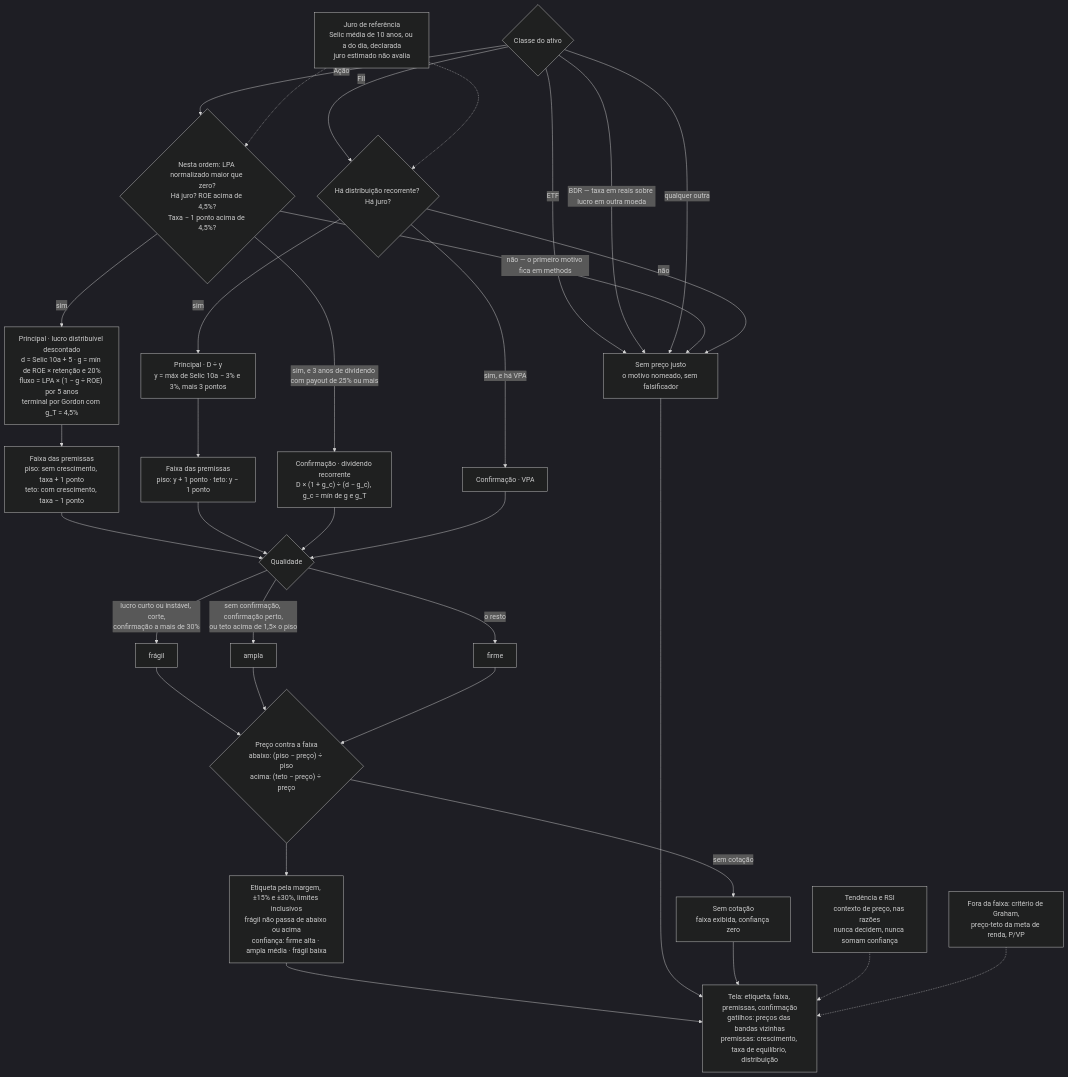
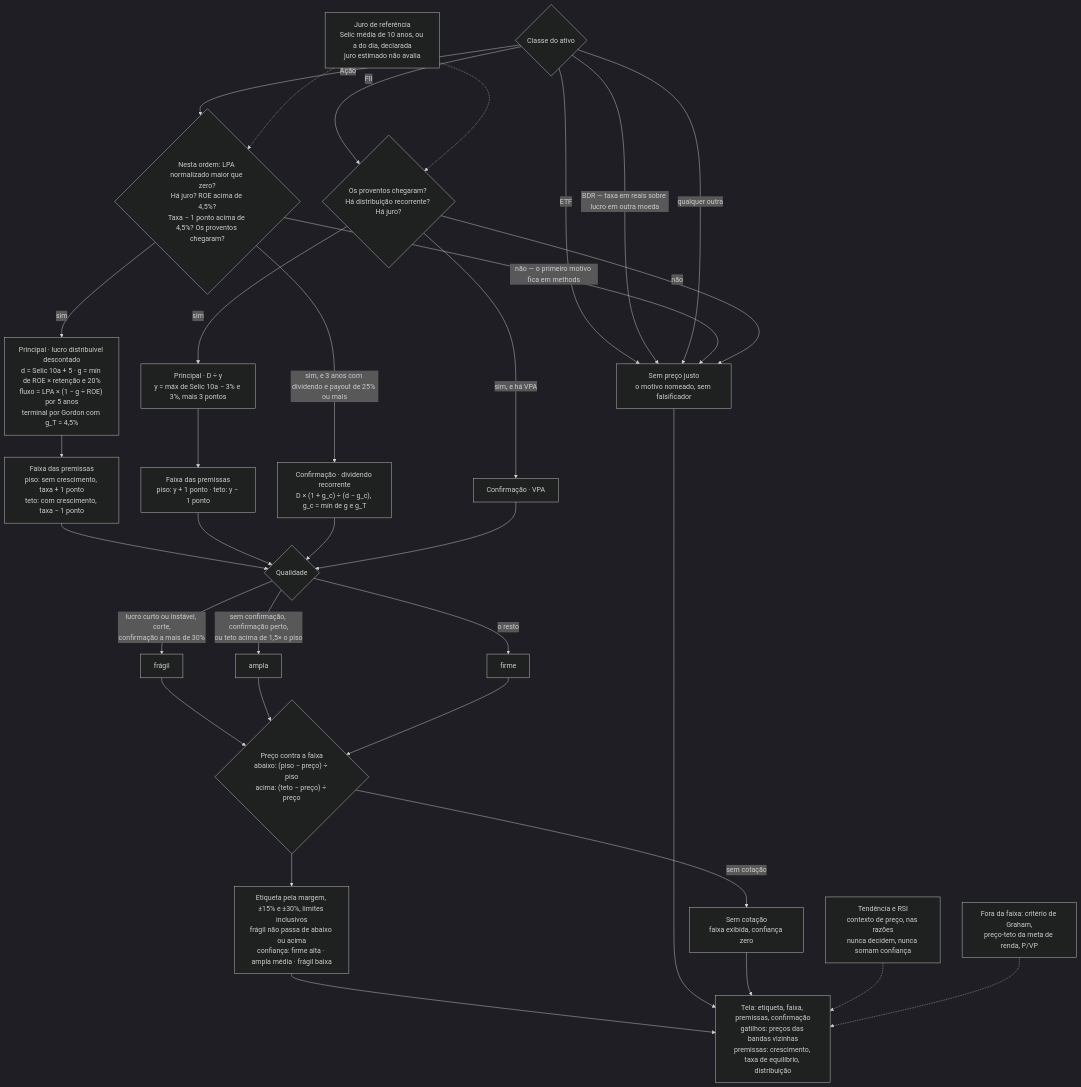
One commit to leodavilats/fiance changed the diagram in docs/04-CALCULOS.md. Above: the diagram before and after it, drawn with Mermaid (dark theme). The commit also changed other lines of this file and 9 other files, not shown here.

````diff
--- a/docs/04-CALCULOS.md
+++ b/docs/04-CALCULOS.md
@@ -319,55 +327,55 @@
 ```mermaid
 flowchart TD
     CLS{"Classe do ativo"}
     CLS -->|"ETF"| SEMV
     CLS -->|"BDR — taxa em reais sobre lucro em outra moeda"| SEMV
     CLS -->|"Ação"| QA
     CLS -->|"FII"| QF
     CLS -->|"qualquer outra"| SEMV
 
     JURO["Juro de referência<br/>Selic média de 10 anos, ou a do dia, declarada<br/>juro estimado não avalia"]
     JURO -.-> QA
     JURO -.-> QF
 
-    QA{"Nesta ordem: LPA normalizado maior que zero?<br/>Há juro? ROE acima de 4,5%?<br/>Taxa − 1 ponto acima de 4,5%?"}
+    QA{"Nesta ordem: LPA normalizado maior que zero?<br/>Há juro? ROE acima de 4,5%?<br/>Taxa − 1 ponto acima de 4,5%? Os proventos chegaram?"}
     QA -->|"não — o primeiro motivo fica em methods"| SEMV
     QA -->|"sim"| PA["Principal · lucro distribuível descontado<br/>d = Selic 10a + 5 · g = mín de ROE × retenção e 20%<br/>fluxo = LPA × (1 − g ÷ ROE) por 5 anos<br/>terminal por Gordon com g_T = 4,5%"]
-    QA -->|"sim, e 3 anos de dividendo com payout de 25% ou mais"| CA["Confirmação · dividendo recorrente<br/>D × (1 + g_c) ÷ (d − g_c), g_c = mín de g e g_T"]
+    QA -->|"sim, e 3 anos com dividendo e payout de 25% ou mais"| CA["Confirmação · dividendo recorrente<br/>D × (1 + g_c) ÷ (d − g_c), g_c = mín de g e g_T"]
 
-    QF{"Há distribuição recorrente? Há juro?"}
+    QF{"Os proventos chegaram? Há distribuição recorrente? Há juro?"}
     QF -->|"não"| SEMV
     QF -->|"sim"| PF["Principal · D ÷ y<br/>y = máx de Selic 10a − 3% e 3%, mais 3 pontos"]
     QF -->|"sim, e há VPA"| CF["Confirmação · VPA"]
 
     PA --> FX["Faixa das premissas<br/>piso: sem crescimento, taxa + 1 ponto<br/>teto: com crescimento, taxa − 1 ponto"]
     PF --> FX2["Faixa das premissas<br/>piso: y + 1 ponto · teto: y − 1 ponto"]
 
     FX --> QL
     FX2 --> QL
     CA --> QL
     CF --> QL
 
     QL{"Qualidade"}
     QL -->|"lucro curto ou instável, corte,<br/>confirmação a mais de 30%"| FRA["frágil"]
     QL -->|"sem confirmação, confirmação perto,<br/>ou teto acima de 1,5× o piso"| AMP["ampla"]
     QL -->|"o resto"| FIR["firme"]
 
     FRA --> POS
     AMP --> POS
     FIR --> POS
 
     POS{"Preço contra a faixa<br/>abaixo: (piso − preço) ÷ piso<br/>acima: (teto − preço) ÷ preço"}
     POS -->|"sem cotação"| SCOT["Sem cotação<br/>faixa exibida, confiança zero"]
     POS --> LBL["Etiqueta pela margem, ±15% e ±30%, limites inclusivos<br/>frágil não passa de abaixo ou acima<br/>confiança: firme alta · ampla média · frágil baixa"]
 
     SEMV["Sem preço justo<br/>o motivo nomeado, sem falsificador"]
 
     TEC["Tendência e RSI<br/>contexto de preço, nas razões<br/>nunca decidem, nunca somam confiança"]
     IND["Fora da faixa: critério de Graham,<br/>preço-teto da meta de renda, P/VP"]
 
     LBL --> OUT["Tela: etiqueta, faixa, premissas, confirmação<br/>gatilhos: preços das bandas vizinhas<br/>premissas: crescimento, taxa de equilíbrio, distribuição"]
     SEMV --> OUT
     SCOT --> OUT
     TEC -.-> OUT
     IND -.-> OUT
 ```
````
